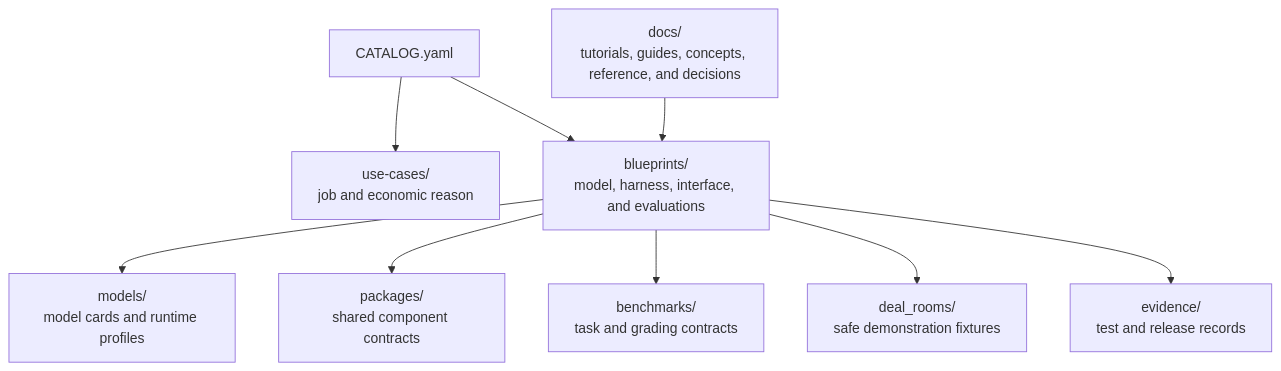
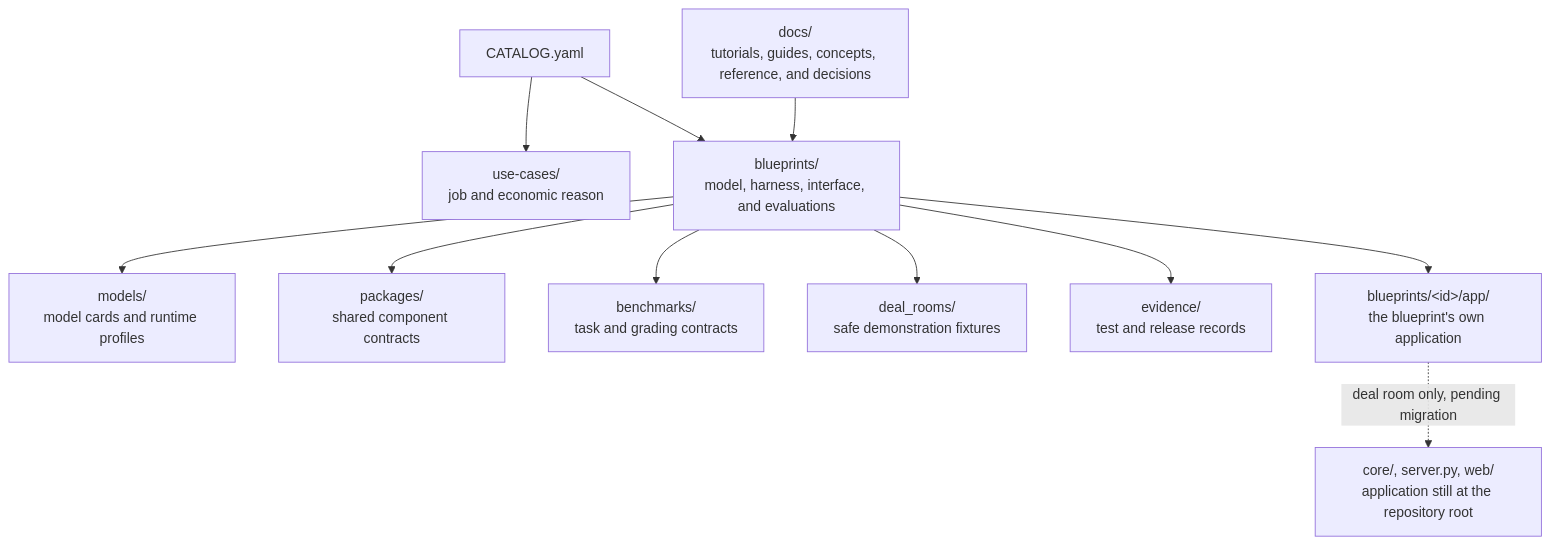
One commit to ChaiWithJai/hybrid-ai-blueprints changed the fifth of 5 diagrams in docs/architecture/README.md. Above: the diagram before and after it, drawn with Mermaid. The commit also changed other lines of this file and 545 other files, not shown here.

````diff
--- a/docs/architecture/README.md
+++ b/docs/architecture/README.md
@@ -129,11 +135,13 @@
 ```mermaid
 flowchart TB
     Catalog["CATALOG.yaml"] --> UseCase["use-cases/<br/>job and economic reason"]
     Catalog --> Blueprint["blueprints/<br/>model, harness, interface, and evaluations"]
     Blueprint --> Models["models/<br/>model cards and runtime profiles"]
     Blueprint --> Packages["packages/<br/>shared component contracts"]
     Blueprint --> Benchmarks["benchmarks/<br/>task and grading contracts"]
     Blueprint --> Demo["deal_rooms/<br/>safe demonstration fixtures"]
     Blueprint --> Evidence["evidence/<br/>test and release records"]
+    Blueprint --> App["blueprints/&lt;id&gt;/app/<br/>the blueprint's own application"]
+    App -.->|deal room only, pending migration| Root["core/, server.py, web/<br/>application still at the repository root"]
     Docs["docs/<br/>tutorials, guides, concepts, reference, and decisions"] --> Blueprint
 ```
````
